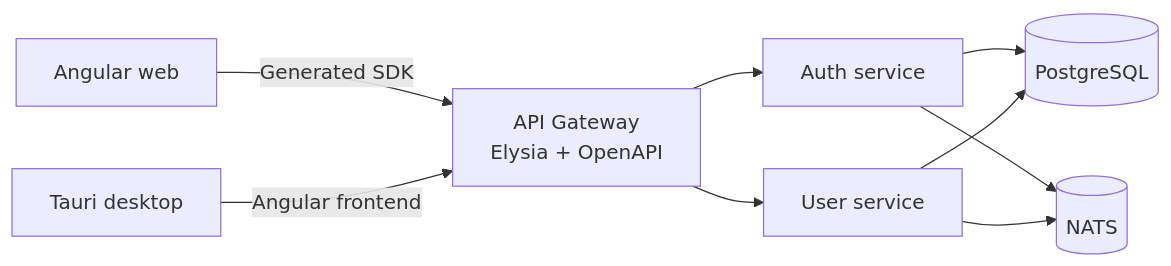
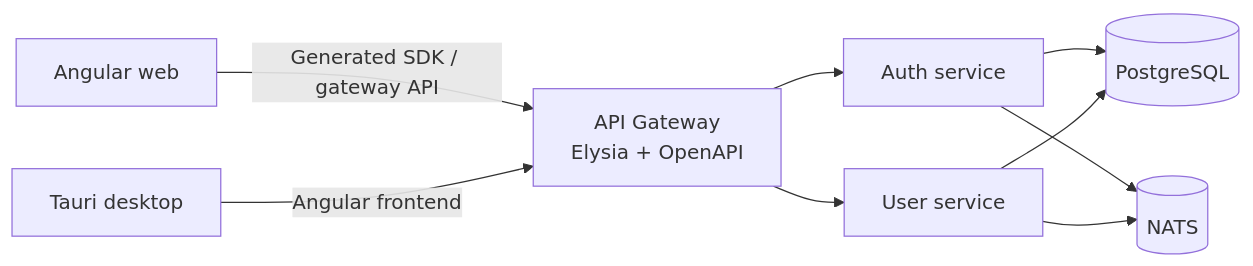
One commit to ojiepermana/monobungsya changed the diagram in README.md. Above: the diagram before and after it, drawn with Mermaid. The commit also changed other lines of this file and 131 other files, not shown here.

````diff
--- a/README.md
+++ b/README.md
@@ -7,19 +7,19 @@
 ```mermaid
 flowchart LR
   web[Angular web]
   desktop[Tauri desktop]
   gateway[API Gateway\nElysia + OpenAPI]
   auth[Auth service]
   user[User service]
   postgres[(PostgreSQL)]
   nats[(NATS)]
 
-  web -->|Generated SDK| gateway
+  web -->|Generated SDK / gateway API| gateway
   desktop -->|Angular frontend| gateway
   gateway --> auth
   gateway --> user
   auth --> postgres
   user --> postgres
   auth --> nats
   user --> nats
 ```
````
